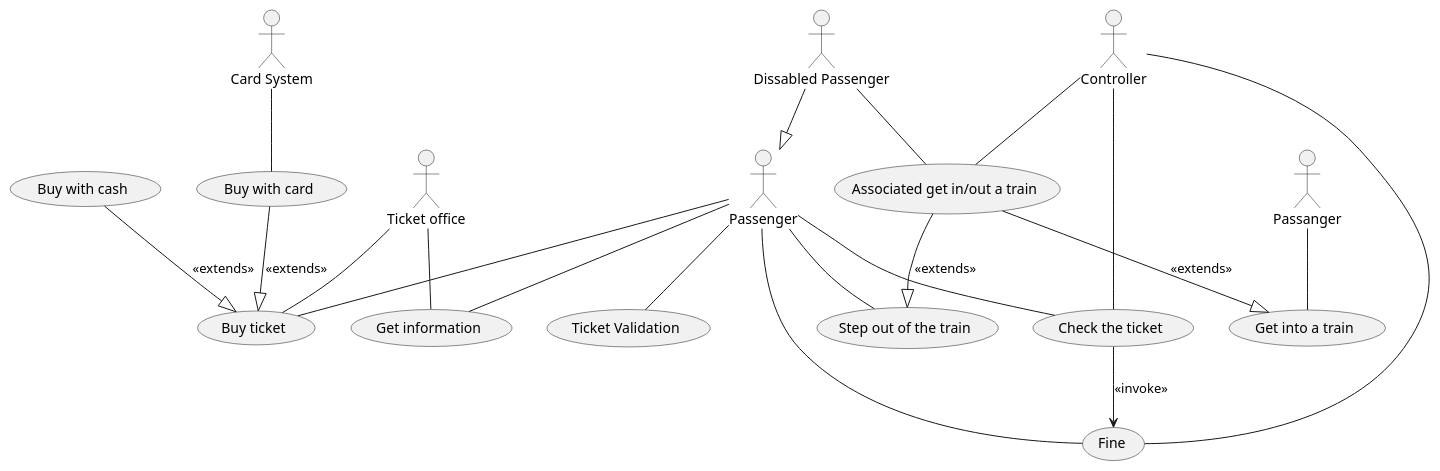
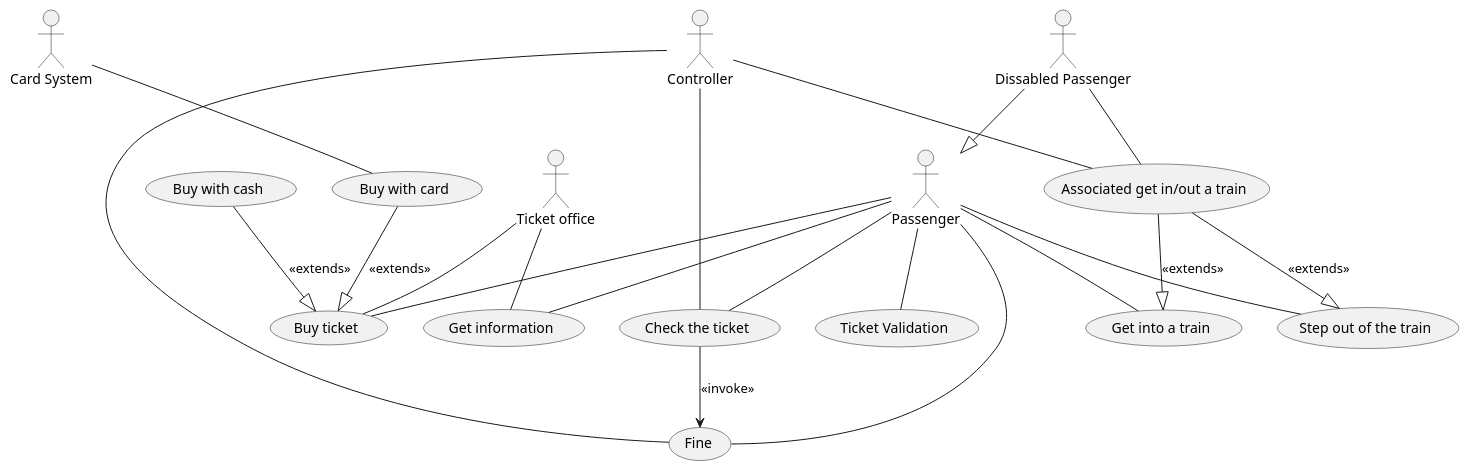
Before and after one commit to kpodlaski/ObjectOrientedDesign_2025: the diagram in train_usecase_diagram.plantuml, drawn with PlantUML.

Commit message:
small repair

```diff
--- a/train_usecase_diagram.plantuml
+++ b/train_usecase_diagram.plantuml
@@ -1,45 +1,45 @@
 @startuml
 
 actor Passenger 
 actor "Ticket office" as TOffice
 actor "Dissabled Passenger" as DissabledPassenger
 actor Controller
 actor "Card System" as Bank
 
 usecase "Ticket Validation" as validation
 usecase "Buy ticket" as buy 
 usecase "Get information" as info 
 usecase Fine 
 usecase "Check the ticket" as checking
 usecase "Buy with cash" as cash 
 usecase "Buy with card" as card 
 usecase "Get into a train" as getIn 
 usecase "Step out of the train" as getOut
 usecase "Associated get in/out a train" as assInOut
 
 DissabledPassenger --|> Passenger
 
 assInOut --|> getIn :<<extends>>
 assInOut --|> getOut :<<extends>>
 cash --|> buy : <<extends>>
 card --|> buy : <<extends>>
 checking --> Fine :<<invoke>>
 
-Passanger -- getIn
+Passenger -- getIn
 Passenger -- getOut
 Passenger -- buy
 Passenger -- info
 Passenger -- checking
 Passenger -- Fine
 Passenger -- validation
 
 TOffice -- buy
 TOffice -- info
 Controller -- checking
 Controller -- Fine
 Controller -- assInOut
 
 Bank -- card
 DissabledPassenger -- assInOut
 
 @enduml
```
